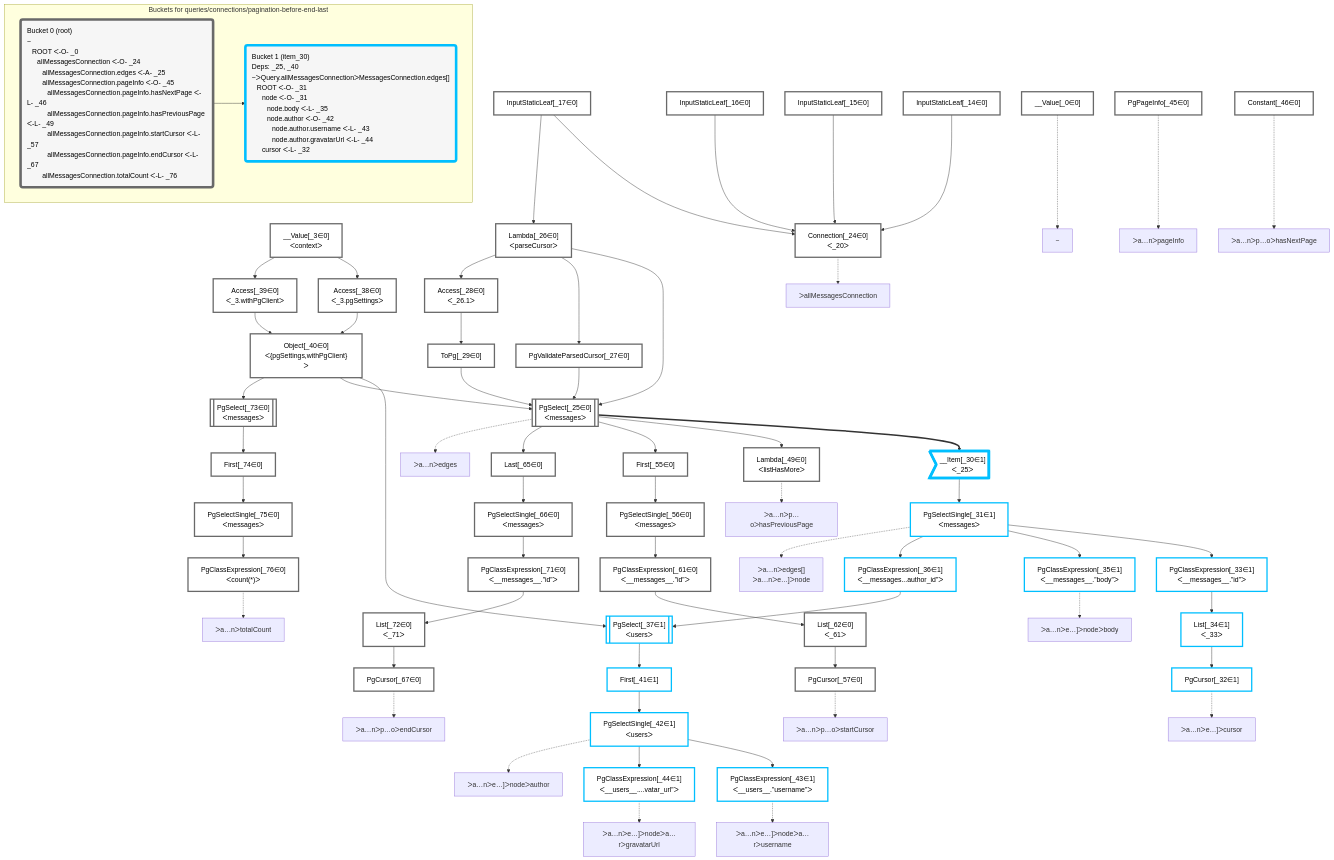
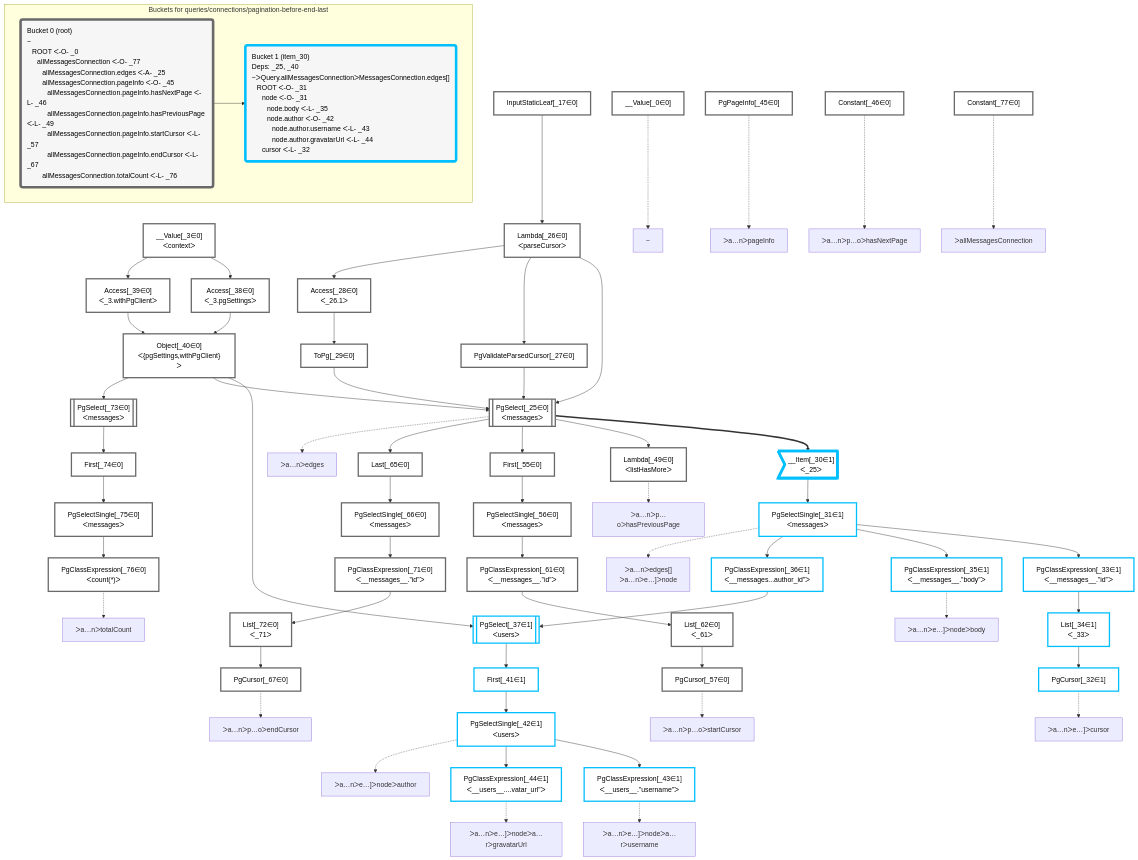
One commit to graphile/crystal changed the diagram in packages/dataplan-pg/__tests__/queries/connections/pagination-before-end-last.deopt.mermaid.md. Above: the diagram before and after it, drawn with Mermaid. The commit also changed 57 other files, not shown here.

```diff
--- a/packages/dataplan-pg/__tests__/queries/connections/pagination-before-end-last.deopt.mermaid.md
+++ b/packages/dataplan-pg/__tests__/queries/connections/pagination-before-end-last.deopt.mermaid.md
@@ -41,15 +41,12 @@
     Access_38["Access[_38∈0]<br />ᐸ_3.pgSettingsᐳ"]:::plan
     Access_39["Access[_39∈0]<br />ᐸ_3.withPgClientᐳ"]:::plan
     __Value_3["__Value[_3∈0]<br />ᐸcontextᐳ"]:::plan
-    Connection_24["Connection[_24∈0]<br />ᐸ_20ᐳ"]:::plan
-    InputStaticLeaf_14["InputStaticLeaf[_14∈0]"]:::plan
-    InputStaticLeaf_15["InputStaticLeaf[_15∈0]"]:::plan
-    InputStaticLeaf_16["InputStaticLeaf[_16∈0]"]:::plan
     PgValidateParsedCursor_27["PgValidateParsedCursor[_27∈0]"]:::plan
     ToPg_29["ToPg[_29∈0]"]:::plan
     Access_28["Access[_28∈0]<br />ᐸ_26.1ᐳ"]:::plan
     Lambda_26["Lambda[_26∈0]<br />ᐸparseCursorᐳ"]:::plan
     InputStaticLeaf_17["InputStaticLeaf[_17∈0]"]:::plan
+    Constant_77["Constant[_77∈0]"]:::plan
     PgPageInfo_45["PgPageInfo[_45∈0]"]:::plan
     Constant_46["Constant[_46∈0]"]:::plan
 
@@ -85,7 +82,6 @@
     Access_38 & Access_39 --> Object_40
     __Value_3 --> Access_38
     __Value_3 --> Access_39
-    InputStaticLeaf_14 & InputStaticLeaf_15 & InputStaticLeaf_16 & InputStaticLeaf_17 --> Connection_24
     Lambda_26 --> PgValidateParsedCursor_27
     Access_28 --> ToPg_29
     Lambda_26 --> Access_28
@@ -94,8 +90,6 @@
     %% plan-to-path relationships
     P_0["~"]
     __Value_0 -.-> P_0
-    P_24["ᐳallMessagesConnection"]
-    Connection_24 -.-> P_24
     P_25["ᐳa…nᐳedges"]
     PgSelect_25 -.-> P_25
     P_31["ᐳa…nᐳedges[]<br />ᐳa…nᐳe…]ᐳnode"]
@@ -122,11 +116,13 @@
     PgCursor_67 -.-> P_67
     P_76["ᐳa…nᐳtotalCount"]
     PgClassExpression_76 -.-> P_76
+    P_77["ᐳallMessagesConnection"]
+    Constant_77 -.-> P_77
 
     subgraph "Buckets for queries/connections/pagination-before-end-last"
-    Bucket0("Bucket 0 (root)<br />~<br />⠀ROOT ᐸ-O- _0<br />⠀⠀allMessagesConnection ᐸ-O- _24<br />⠀⠀⠀allMessagesConnection.edges ᐸ-A- _25<br />⠀⠀⠀allMessagesConnection.pageInfo ᐸ-O- _45<br />⠀⠀⠀⠀allMessagesConnection.pageInfo.hasNextPage ᐸ-L- _46<br />⠀⠀⠀⠀allMessagesConnection.pageInfo.hasPreviousPage ᐸ-L- _49<br />⠀⠀⠀⠀allMessagesConnection.pageInfo.startCursor ᐸ-L- _57<br />⠀⠀⠀⠀allMessagesConnection.pageInfo.endCursor ᐸ-L- _67<br />⠀⠀⠀allMessagesConnection.totalCount ᐸ-L- _76"):::bucket
+    Bucket0("Bucket 0 (root)<br />~<br />⠀ROOT ᐸ-O- _0<br />⠀⠀allMessagesConnection ᐸ-O- _77<br />⠀⠀⠀allMessagesConnection.edges ᐸ-A- _25<br />⠀⠀⠀allMessagesConnection.pageInfo ᐸ-O- _45<br />⠀⠀⠀⠀allMessagesConnection.pageInfo.hasNextPage ᐸ-L- _46<br />⠀⠀⠀⠀allMessagesConnection.pageInfo.hasPreviousPage ᐸ-L- _49<br />⠀⠀⠀⠀allMessagesConnection.pageInfo.startCursor ᐸ-L- _57<br />⠀⠀⠀⠀allMessagesConnection.pageInfo.endCursor ᐸ-L- _67<br />⠀⠀⠀allMessagesConnection.totalCount ᐸ-L- _76"):::bucket
     classDef bucket0 stroke:#696969
-    class Bucket0,__Value_0,__Value_3,InputStaticLeaf_14,InputStaticLeaf_15,InputStaticLeaf_16,InputStaticLeaf_17,Connection_24,PgSelect_25,Lambda_26,PgValidateParsedCursor_27,Access_28,ToPg_29,Access_38,Access_39,Object_40,PgPageInfo_45,Constant_46,Lambda_49,First_55,PgSelectSingle_56,PgCursor_57,PgClassExpression_61,List_62,Last_65,PgSelectSingle_66,PgCursor_67,PgClassExpression_71,List_72,PgSelect_73,First_74,PgSelectSingle_75,PgClassExpression_76 bucket0
+    class Bucket0,__Value_0,__Value_3,InputStaticLeaf_17,PgSelect_25,Lambda_26,PgValidateParsedCursor_27,Access_28,ToPg_29,Access_38,Access_39,Object_40,PgPageInfo_45,Constant_46,Lambda_49,First_55,PgSelectSingle_56,PgCursor_57,PgClassExpression_61,List_62,Last_65,PgSelectSingle_66,PgCursor_67,PgClassExpression_71,List_72,PgSelect_73,First_74,PgSelectSingle_75,PgClassExpression_76,Constant_77 bucket0
     Bucket1("Bucket 1 (item_30)<br />Deps: _25, _40<br />~ᐳQuery.allMessagesConnectionᐳMessagesConnection.edges[]<br />⠀ROOT ᐸ-O- _31<br />⠀⠀node ᐸ-O- _31<br />⠀⠀⠀node.body ᐸ-L- _35<br />⠀⠀⠀node.author ᐸ-O- _42<br />⠀⠀⠀⠀node.author.username ᐸ-L- _43<br />⠀⠀⠀⠀node.author.gravatarUrl ᐸ-L- _44<br />⠀⠀cursor ᐸ-L- _32"):::bucket
     classDef bucket1 stroke:#00bfff
     class Bucket1,__Item_30,PgSelectSingle_31,PgCursor_32,PgClassExpression_33,List_34,PgClassExpression_35,PgClassExpression_36,PgSelect_37,First_41,PgSelectSingle_42,PgClassExpression_43,PgClassExpression_44 bucket1
```
